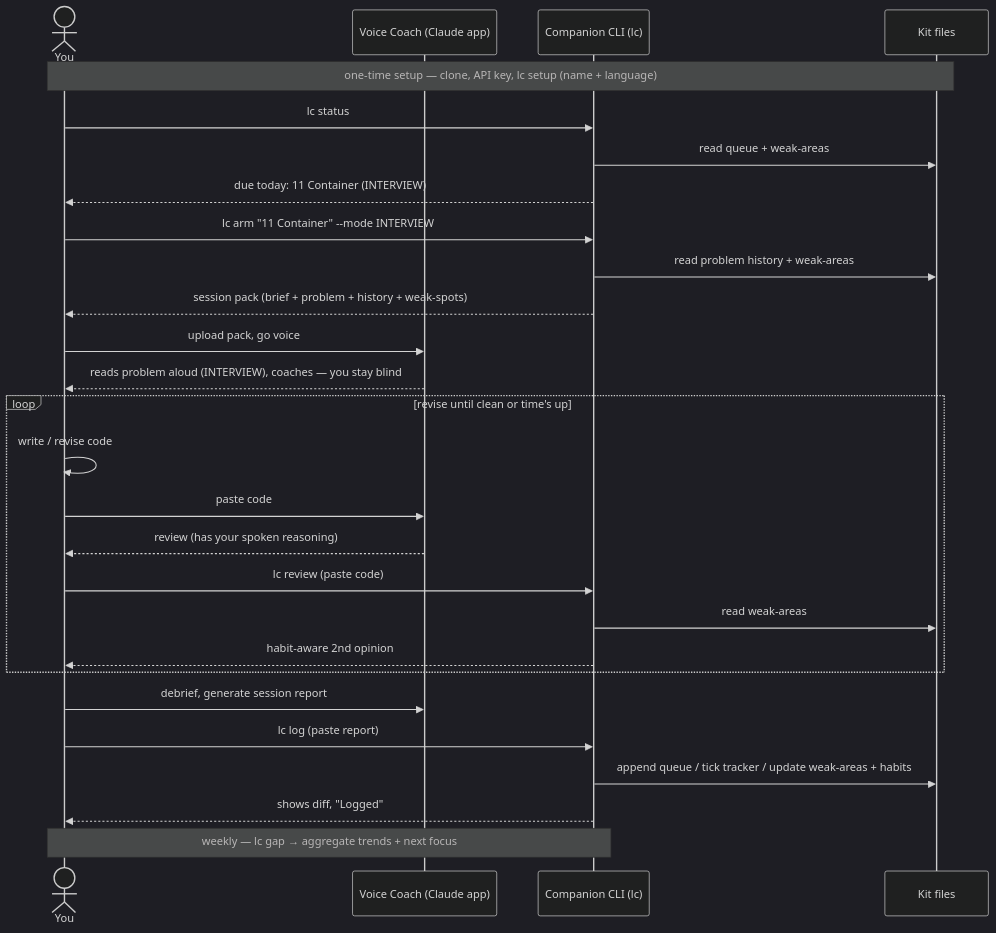
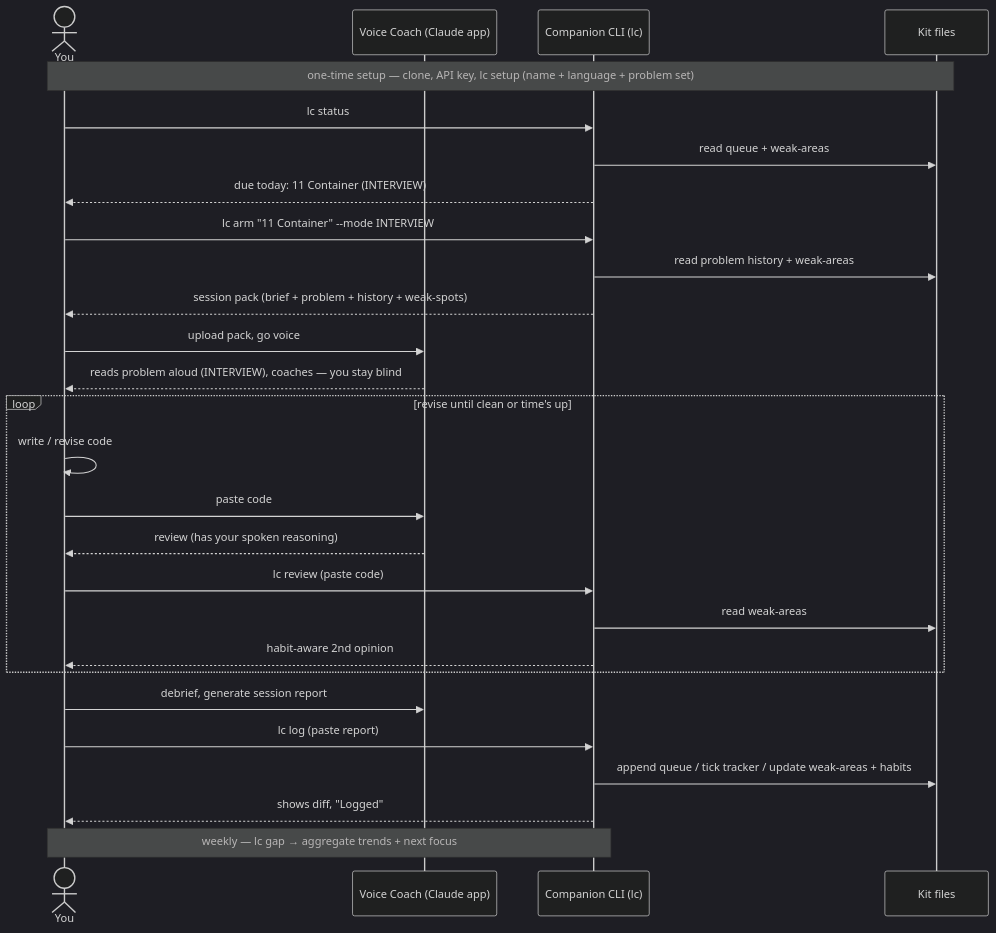
One commit to william-burks/lc-coach-kit changed the second of 2 diagrams in APP-SYSTEM-DESIGN.md. Above: the diagram before and after it, drawn with Mermaid (dark theme). The commit also changed other lines of this file and 6 other files, not shown here.

First line of the commit message:
Bundle NeetCode 150 + Blind 75 sets; choose one at setup

````diff
--- a/APP-SYSTEM-DESIGN.md
+++ b/APP-SYSTEM-DESIGN.md
@@ -118,29 +118,29 @@
 ```mermaid
 sequenceDiagram
     actor M as You
     participant V as Voice Coach (Claude app)
     participant C as Companion CLI (lc)
     participant F as Kit files
-    Note over M,F: one-time setup — clone, API key, lc setup (name + language)
+    Note over M,F: one-time setup — clone, API key, lc setup (name + language + problem set)
     M->>C: lc status
     C->>F: read queue + weak-areas
     C-->>M: due today: 11 Container (INTERVIEW)
     M->>C: lc arm "11 Container" --mode INTERVIEW
     C->>F: read problem history + weak-areas
     C-->>M: session pack (brief + problem + history + weak-spots)
     M->>V: upload pack, go voice
     V-->>M: reads problem aloud (INTERVIEW), coaches — you stay blind
     loop revise until clean or time's up
         M->>M: write / revise code
         M->>V: paste code
         V-->>M: review (has your spoken reasoning)
         M->>C: lc review (paste code)
         C->>F: read weak-areas
         C-->>M: habit-aware 2nd opinion
     end
     M->>V: debrief, generate session report
     M->>C: lc log (paste report)
     C->>F: append queue / tick tracker / update weak-areas + habits
     C-->>M: shows diff, "Logged"
     Note over M,C: weekly — lc gap → aggregate trends + next focus
 ```
````
